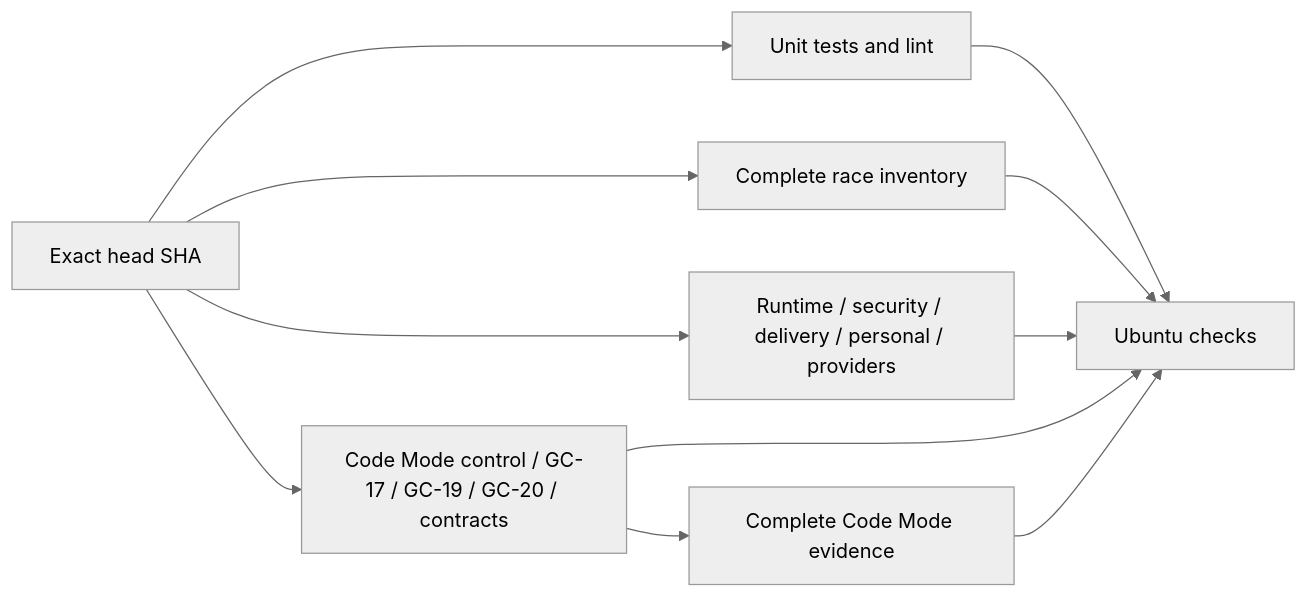
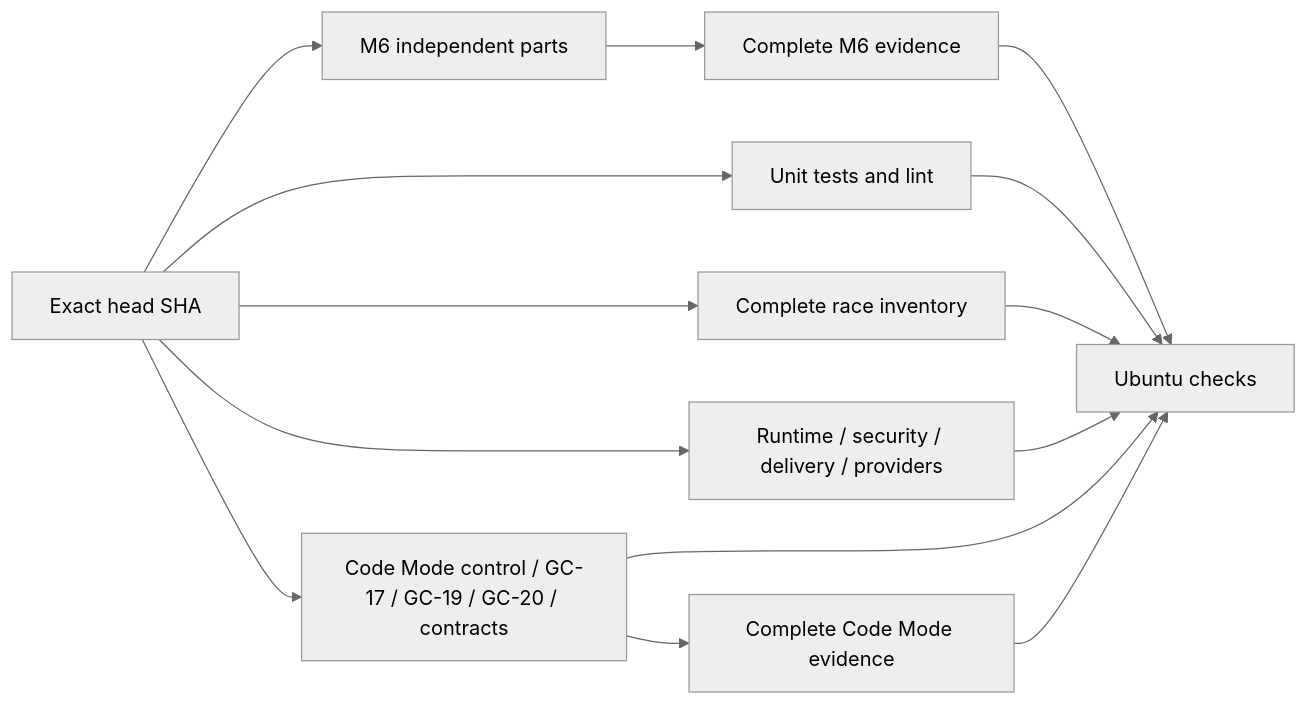
Before and after one commit to z-chenhao/assistant: the diagram in docs/ci.md, drawn with Mermaid (neutral theme). The commit also changed other lines of this file and 10 other files, not shown here.

Commit message:
ERII-26: parallelize M6 across fixed CI parts with a complete evidence join

````diff
--- a/docs/ci.md
+++ b/docs/ci.md
@@ -10,13 +10,16 @@
 ```mermaid
 flowchart LR
     SHA[Exact head SHA] --> Unit[Unit tests and lint]
     SHA --> Race[Complete race inventory]
-    SHA --> Verify[Runtime / security / delivery / personal / providers]
+    SHA --> Verify[Runtime / security / delivery / providers]
+    SHA --> Personal[M6 independent parts]
+    Personal --> M6Join[Complete M6 evidence]
+    M6Join --> Gate
     SHA --> Parts[Code Mode control / GC-17 / GC-19 / GC-20 / contracts]
     Parts --> Join[Complete Code Mode evidence]
     Unit --> Gate[Ubuntu checks]
     Race --> Gate
     Verify --> Gate
     Parts --> Gate
     Join --> Gate
 ```
````
